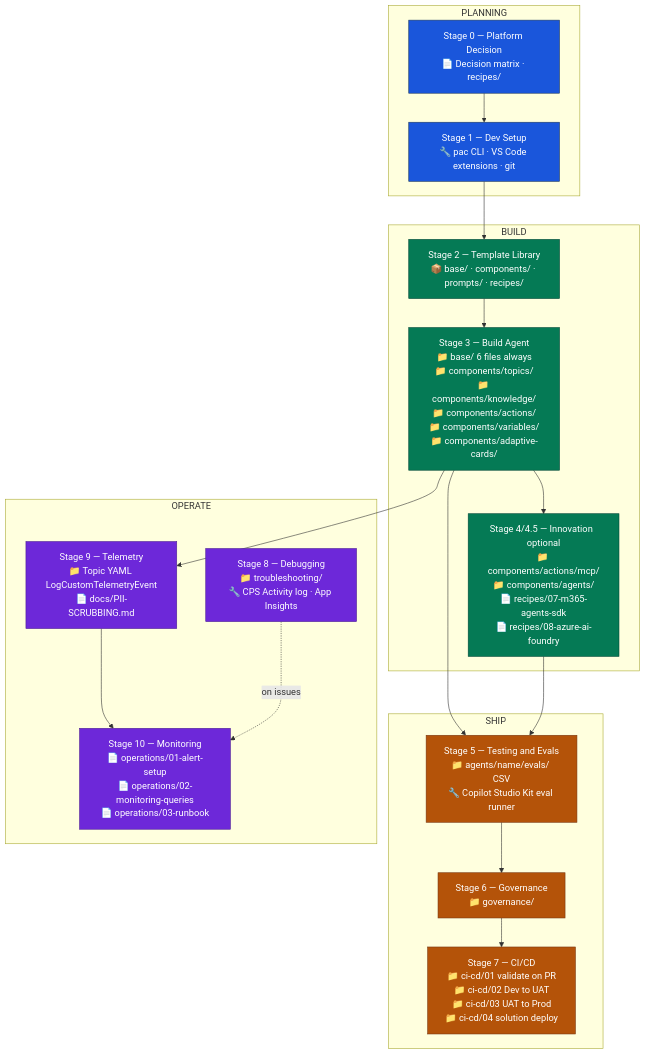
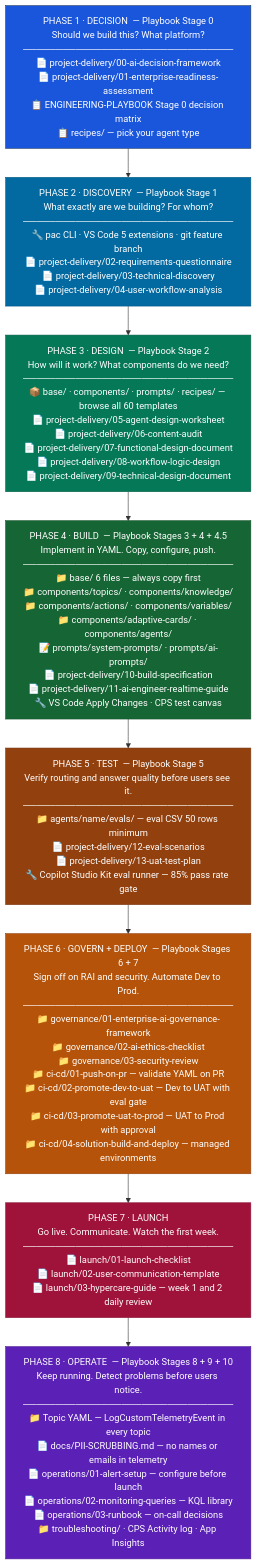
One commit to ramyabhargavi-p/copilot-studio-templates changed the first of 8 diagrams in ENGINEERING-PLAYBOOK.md. Above: the diagram before and after it, drawn with Mermaid. The commit also changed other lines of this file, not shown here.

Commit message:
Redesign pipeline diagram to include all project-delivery/ docs by phase
Replace 11-stage technical diagram with 8-phase delivery lifecycle diagram
that maps every folder in the repo to the phase where it is actually used:

Phase 1 Decision:  project-delivery/00 01 + recipes/
Phase 2 Discovery: project-delivery/02 03 04 + dev setup tools
Phase 3 Design:    project-delivery/05 06 07 08 09 + base/components/ browse
Phase 4 Build:     project-delivery/10 11 + base/ components/ prompts/
Phase 5 Test:      project-delivery/12 13 + agents/evals/
Phase 6 Deploy:    governance/ + ci-cd/
Phase 7 Launch:    launch/ (was entirely missing from previous diagram)
Phase 8 Operate:   operations/ + troubleshooting/ + topic telemetry

Update reference table to match 8-phase structure with project-delivery/ column.
A developer can now read the diagram and know exactly which folder to open
and which questionnaire to fill at every point in the delivery.

````diff
--- a/ENGINEERING-PLAYBOOK.md
+++ b/ENGINEERING-PLAYBOOK.md
@@ -32,38 +32,29 @@
 ```mermaid
 flowchart TD
-    classDef plan fill:#1a56db,stroke:#1e3a5f,color:#ffffff
-    classDef build fill:#057a55,stroke:#014737,color:#ffffff
-    classDef ship fill:#b45309,stroke:#78350f,color:#ffffff
-    classDef operate fill:#6d28d9,stroke:#4c1d95,color:#ffffff
+    classDef decision  fill:#1a56db,stroke:#1e3a5f,color:#ffffff
+    classDef discovery fill:#0369a1,stroke:#075985,color:#ffffff
+    classDef design    fill:#047857,stroke:#065f46,color:#ffffff
+    classDef build     fill:#166534,stroke:#14532d,color:#ffffff
+    classDef test      fill:#92400e,stroke:#78350f,color:#ffffff
+    classDef govern    fill:#b45309,stroke:#92400e,color:#ffffff
+    classDef launch    fill:#9f1239,stroke:#881337,color:#ffffff
+    classDef operate   fill:#5b21b6,stroke:#4c1d95,color:#ffffff
 
-    subgraph PLAN["  PLANNING  "]
-        S0["Stage 0 — Platform Decision<br/>📄 Decision matrix · recipes/"]:::plan
-        S1["Stage 1 — Dev Setup<br/>🔧 pac CLI · VS Code extensions · git"]:::plan
-    end
+    PH1["PHASE 1 · DECISION  — Playbook Stage 0<br/>Should we build this? What platform?<br/>────────────────────────────────<br/>📄 project-delivery/00-ai-decision-framework<br/>📄 project-delivery/01-enterprise-readiness-assessment<br/>📋 ENGINEERING-PLAYBOOK Stage 0 decision matrix<br/>📋 recipes/ — pick your agent type"]:::decision
 
-    subgraph BUILD["  BUILD  "]
-        S2["Stage 2 — Template Library<br/>📦 base/ · components/ · prompts/ · recipes/"]:::build
-        S3["Stage 3 — Build Agent<br/>📁 base/ 6 files always<br/>📁 components/topics/<br/>📁 components/knowledge/<br/>📁 components/actions/<br/>📁 components/variables/<br/>📁 components/adaptive-cards/"]:::build
-        S4["Stage 4/4.5 — Innovation  optional<br/>📁 components/actions/mcp/<br/>📁 components/agents/<br/>📄 recipes/07-m365-agents-sdk<br/>📄 recipes/08-azure-ai-foundry"]:::build
-    end
+    PH2["PHASE 2 · DISCOVERY  — Playbook Stage 1<br/>What exactly are we building? For whom?<br/>────────────────────────────────<br/>🔧 pac CLI · VS Code 5 extensions · git feature branch<br/>📄 project-delivery/02-requirements-questionnaire<br/>📄 project-delivery/03-technical-discovery<br/>📄 project-delivery/04-user-workflow-analysis"]:::discovery
 
-    subgraph SHIP["  SHIP  "]
-        S5["Stage 5 — Testing and Evals<br/>📁 agents/name/evals/ CSV<br/>🔧 Copilot Studio Kit eval runner"]:::ship
-        S6["Stage 6 — Governance<br/>📁 governance/"]:::ship
-        S7["Stage 7 — CI/CD<br/>📁 ci-cd/01 validate on PR<br/>📁 ci-cd/02 Dev to UAT<br/>📁 ci-cd/03 UAT to Prod<br/>📁 ci-cd/04 solution deploy"]:::ship
-    end
+    PH3["PHASE 3 · DESIGN  — Playbook Stage 2<br/>How will it work? What components do we need?<br/>────────────────────────────────<br/>📦 base/ · components/ · prompts/ · recipes/ — browse all 60 templates<br/>📄 project-delivery/05-agent-design-worksheet<br/>📄 project-delivery/06-content-audit<br/>📄 project-delivery/07-functional-design-document<br/>📄 project-delivery/08-workflow-logic-design<br/>📄 project-delivery/09-technical-design-document"]:::design
 
-    subgraph OPERATE["  OPERATE  "]
-        S8["Stage 8 — Debugging<br/>📁 troubleshooting/<br/>🔧 CPS Activity log · App Insights"]:::operate
-        S9["Stage 9 — Telemetry<br/>📁 Topic YAML LogCustomTelemetryEvent<br/>📄 docs/PII-SCRUBBING.md"]:::operate
-        S10["Stage 10 — Monitoring<br/>📄 operations/01-alert-setup<br/>📄 operations/02-monitoring-queries<br/>📄 operations/03-runbook"]:::operate
-    end
+    PH4["PHASE 4 · BUILD  — Playbook Stages 3 + 4 + 4.5<br/>Implement in YAML. Copy, configure, push.<br/>────────────────────────────────<br/>📁 base/ 6 files — always copy first<br/>📁 components/topics/ · components/knowledge/<br/>📁 components/actions/ · components/variables/<br/>📁 components/adaptive-cards/ · components/agents/<br/>📝 prompts/system-prompts/ · prompts/ai-prompts/<br/>📄 project-delivery/10-build-specification<br/>📄 project-delivery/11-ai-engineer-realtime-guide<br/>🔧 VS Code Apply Changes · CPS test canvas"]:::build
 
-    S0 --> S1 --> S2 --> S3
-    S3 --> S4
-    S3 --> S5
-    S4 --> S5
-    S5 --> S6 --> S7
-    S3 --> S9 --> S10
-    S8 -.->|on issues| S10
+    PH5["PHASE 5 · TEST  — Playbook Stage 5<br/>Verify routing and answer quality before users see it.<br/>────────────────────────────────<br/>📁 agents/name/evals/ — eval CSV 50 rows minimum<br/>📄 project-delivery/12-eval-scenarios<br/>📄 project-delivery/13-uat-test-plan<br/>🔧 Copilot Studio Kit eval runner — 85% pass rate gate"]:::test
+
+    PH6["PHASE 6 · GOVERN + DEPLOY  — Playbook Stages 6 + 7<br/>Sign off on RAI and security. Automate Dev to Prod.<br/>────────────────────────────────<br/>📁 governance/01-enterprise-ai-governance-framework<br/>📁 governance/02-ai-ethics-checklist<br/>📁 governance/03-security-review<br/>📁 ci-cd/01-push-on-pr — validate YAML on PR<br/>📁 ci-cd/02-promote-dev-to-uat — Dev to UAT with eval gate<br/>📁 ci-cd/03-promote-uat-to-prod — UAT to Prod with approval<br/>📁 ci-cd/04-solution-build-and-deploy — managed environments"]:::govern
+
+    PH7["PHASE 7 · LAUNCH<br/>Go live. Communicate. Watch the first week.<br/>────────────────────────────────<br/>📄 launch/01-launch-checklist<br/>📄 launch/02-user-communication-template<br/>📄 launch/03-hypercare-guide — week 1 and 2 daily review"]:::launch
+
+    PH8["PHASE 8 · OPERATE  — Playbook Stages 8 + 9 + 10<br/>Keep running. Detect problems before users notice.<br/>────────────────────────────────<br/>📁 Topic YAML — LogCustomTelemetryEvent in every topic<br/>📄 docs/PII-SCRUBBING.md — no names or emails in telemetry<br/>📄 operations/01-alert-setup — configure before launch<br/>📄 operations/02-monitoring-queries — KQL library<br/>📄 operations/03-runbook — on-call decisions<br/>📁 troubleshooting/ · CPS Activity log · App Insights"]:::operate
+
+    PH1 --> PH2 --> PH3 --> PH4 --> PH5 --> PH6 --> PH7 --> PH8
 ```
````
